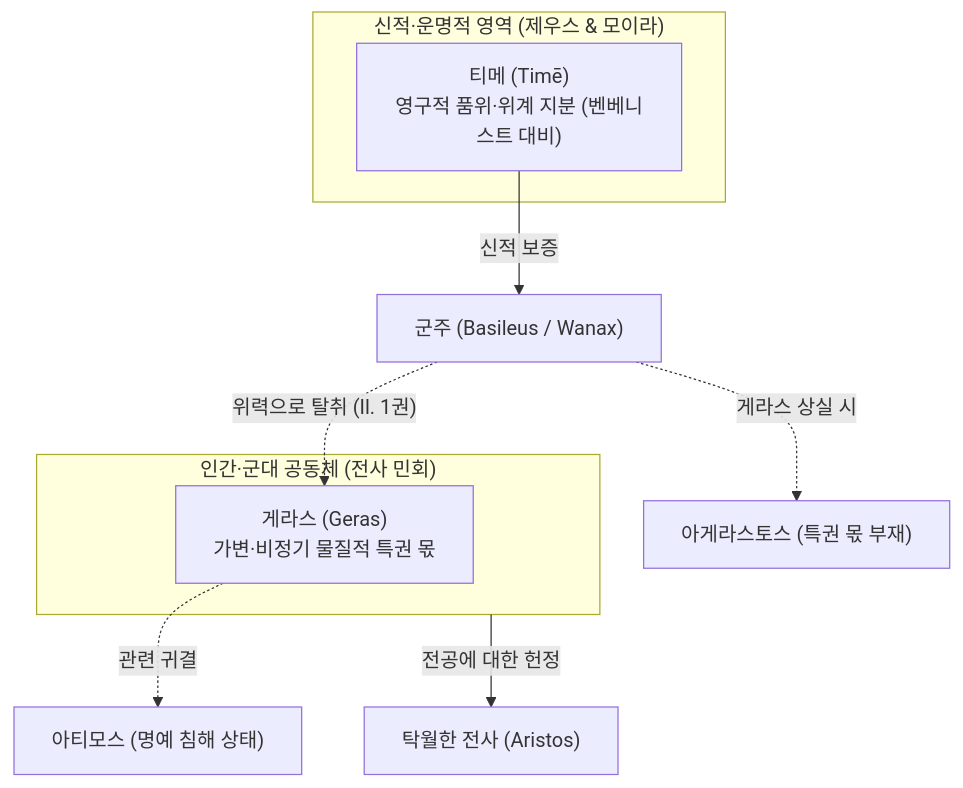
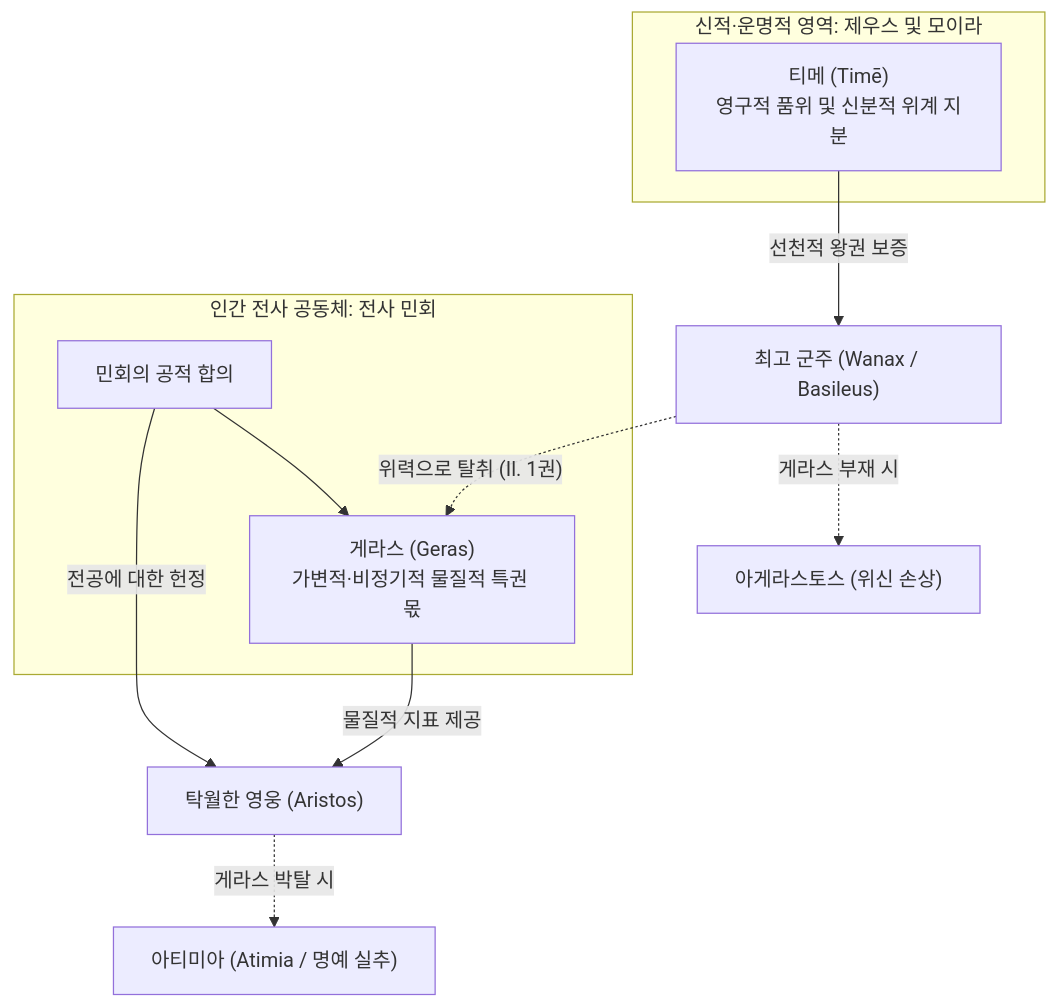
One commit to YgHnSIM/Homer_wiki changed the diagram in wiki/concepts/concept-geras.md. Above: the diagram before and after it, drawn with Mermaid. The commit also changed other lines of this file and 3 other files, not shown here.

````diff
--- a/wiki/concepts/concept-geras.md
+++ b/wiki/concepts/concept-geras.md
@@ -78,17 +91,21 @@
 ```mermaid
 graph TD
-    subgraph Divine["신적·운명적 영역 (제우스 & 모이라)"]
-        T["티메 (Timē)<br/>영구적 품위·위계 지분 (벤베니스트 대비)"]
+    subgraph Divine["신적·운명적 영역: 제우스 및 모이라"]
+        T["티메 (Timē)<br/>영구적 품위 및 신분적 위계 지분"]
     end
 
-    subgraph Mortal["인간·군대 공동체 (전사 민회)"]
-        G["게라스 (Geras)<br/>가변·비정기 물질적 특권 몫"]
+    subgraph Assembly["인간 전사 공동체: 전사 민회"]
+        Council["민회의 공적 합의"]
+        G["게라스 (Geras)<br/>가변적·비정기적 물질적 특권 몫"]
     end
 
-    T -->|"신적 보증"| King["군주 (Basileus / Wanax)"]
-    Mortal -->|"전공에 대한 헌정"| Hero["탁월한 전사 (Aristos)"]
+    T -->|"선천적 왕권 보증"| King["최고 군주 (Wanax / Basileus)"]
+    Council -->|"전공에 대한 헌정"| Hero["탁월한 영웅 (Aristos)"]
+    
+    Council --> G
+    G -->|"물질적 지표 제공"| Hero
     
     King -.->|"위력으로 탈취 (Il. 1권)"| G
-    G -.->|"관련 귀결"| Atimia["아티모스 (명예 침해 상태)"]
-    King -.->|"게라스 상실 시"| Agerastos["아게라스토스 (특권 몫 부재)"]
+    Hero -.->|"게라스 박탈 시"| Atimia["아티미아 (Atimia / 명예 실추)"]
+    King -.->|"게라스 부재 시"| Agerastos["아게라스토스 (위신 손상)"]
 ```
````
